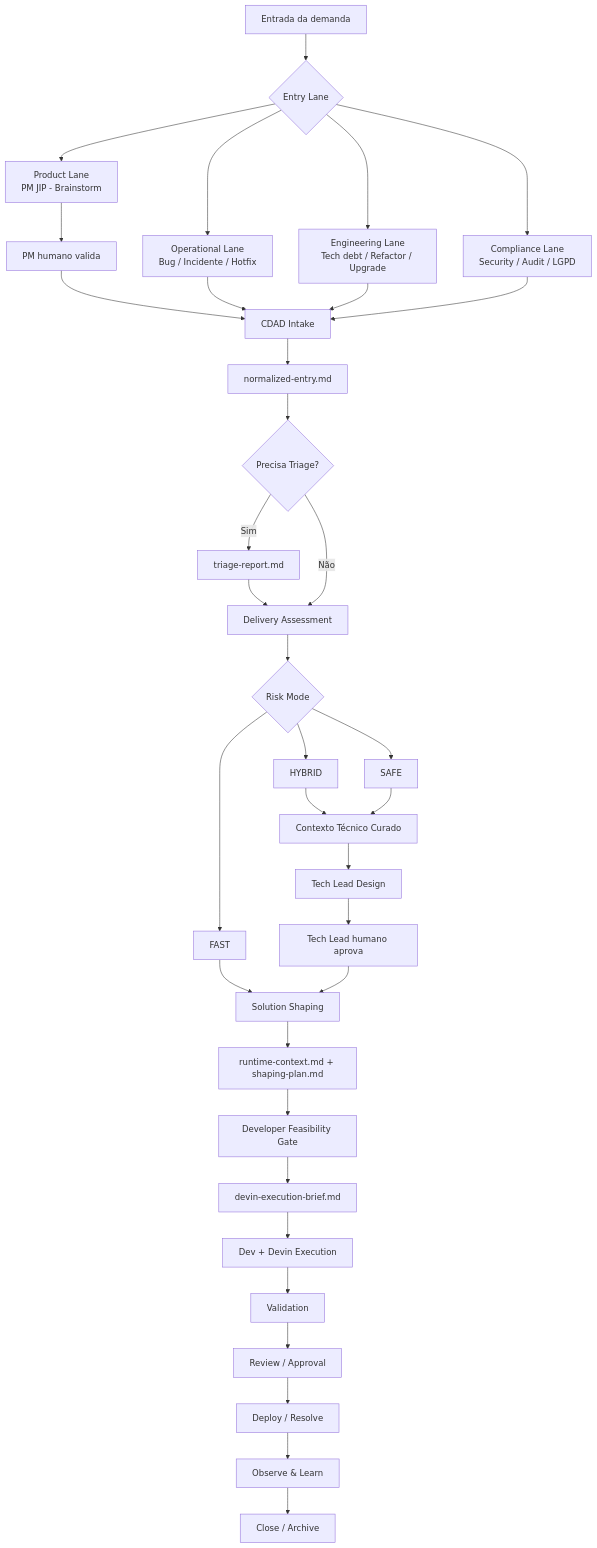
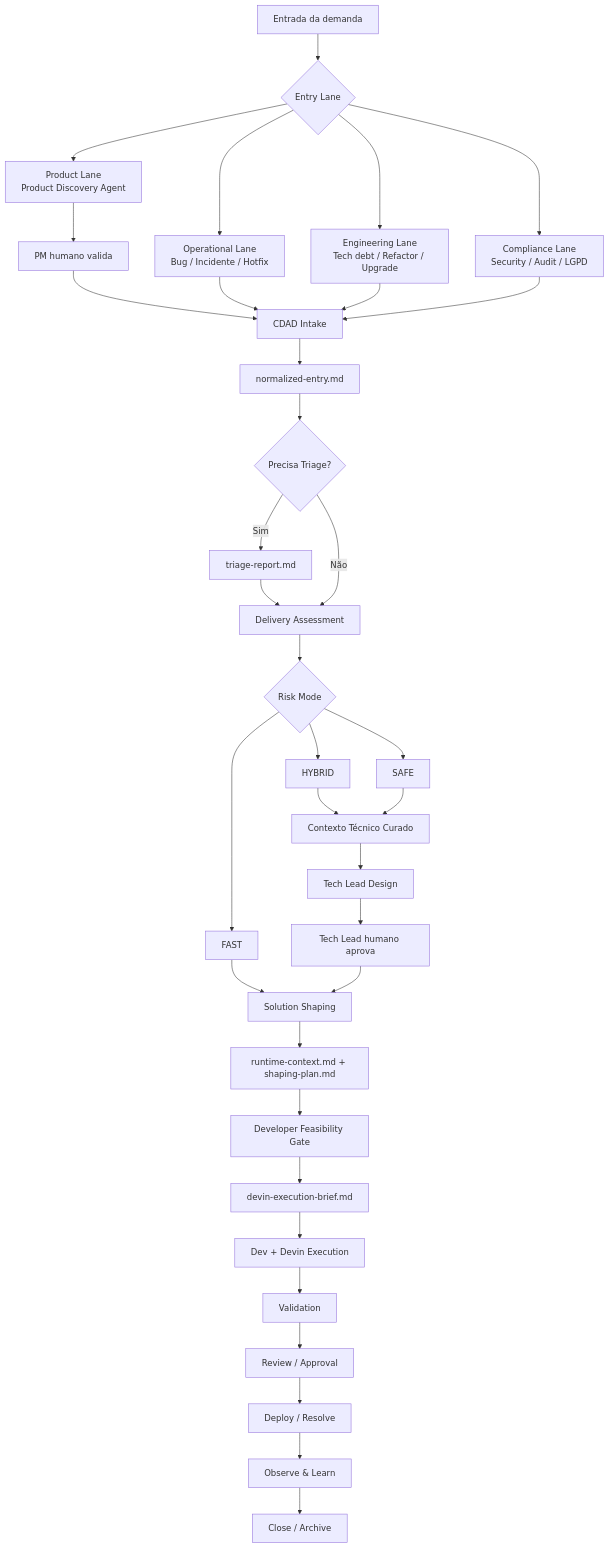
One commit to adrianomvc/ai-cdad-framework changed the diagram in docs/notes/mermaid-flow.md. Above: the diagram before and after it, drawn with Mermaid. The commit also changed 95 other files, not shown here.

````diff
--- a/docs/notes/mermaid-flow.md
+++ b/docs/notes/mermaid-flow.md
@@ -3,37 +3,37 @@
 ```mermaid
 flowchart TD
     A[Entrada da demanda] --> B{Entry Lane}
-    B --> P[Product Lane<br/>PM JIP - Brainstorm]
+    B --> P[Product Lane<br/>Product Discovery Agent]
     B --> O[Operational Lane<br/>Bug / Incidente / Hotfix]
     B --> E[Engineering Lane<br/>Tech debt / Refactor / Upgrade]
     B --> C[Compliance Lane<br/>Security / Audit / LGPD]
     P --> P1[PM humano valida]
     P1 --> I[CDAD Intake]
     O --> I
     E --> I
     C --> I
     I --> NE[normalized-entry.md]
     NE --> T{Precisa Triage?}
     T -->|Sim| TR[triage-report.md]
     TR --> DA[Delivery Assessment]
     T -->|Não| DA
     DA --> RM{Risk Mode}
     RM --> F[FAST]
     RM --> H[HYBRID]
     RM --> S[SAFE]
     F --> SH[Solution Shaping]
     H --> CTX[Contexto Técnico Curado]
     S --> CTX
     CTX --> TD[Tech Lead Design]
     TD --> TL[Tech Lead humano aprova]
     TL --> SH
     SH --> SP[runtime-context.md + shaping-plan.md]
     SP --> DG[Developer Feasibility Gate]
     DG --> DEB[devin-execution-brief.md]
     DEB --> EXEC[Dev + Devin Execution]
     EXEC --> VAL[Validation]
     VAL --> REV[Review / Approval]
     REV --> DEP[Deploy / Resolve]
     DEP --> OBS[Observe & Learn]
     OBS --> CLOSE[Close / Archive]
 ```
````
